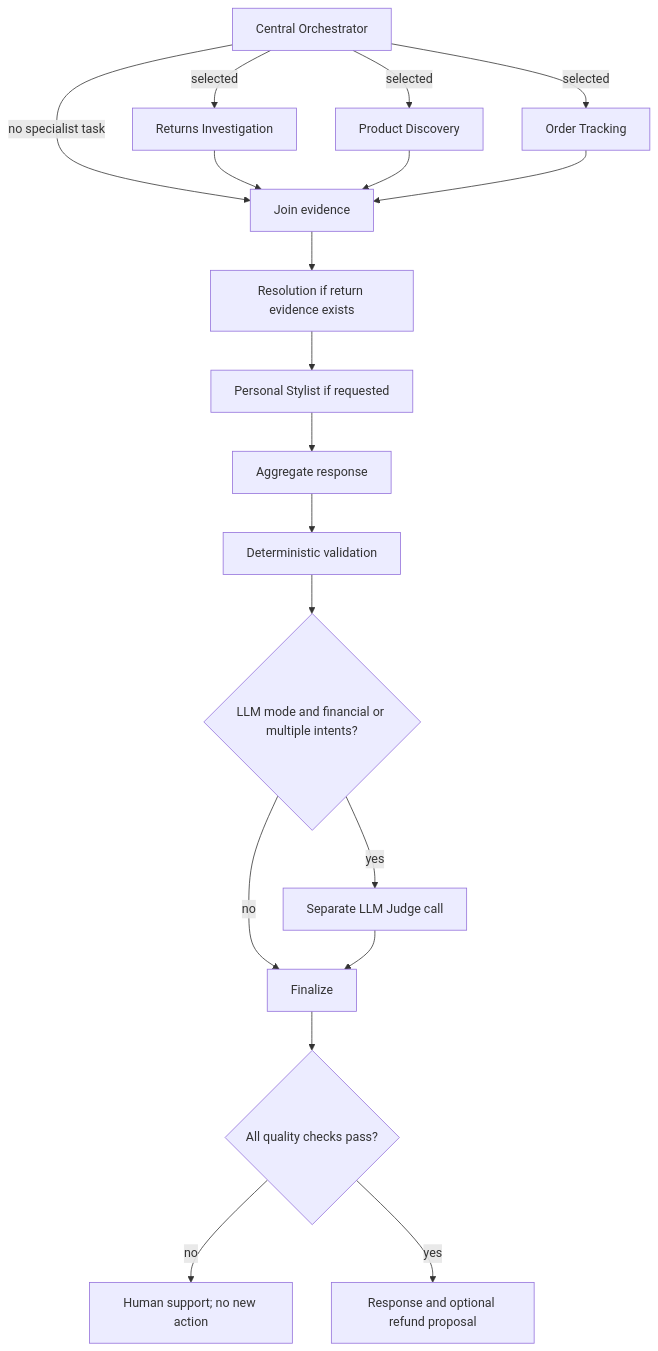
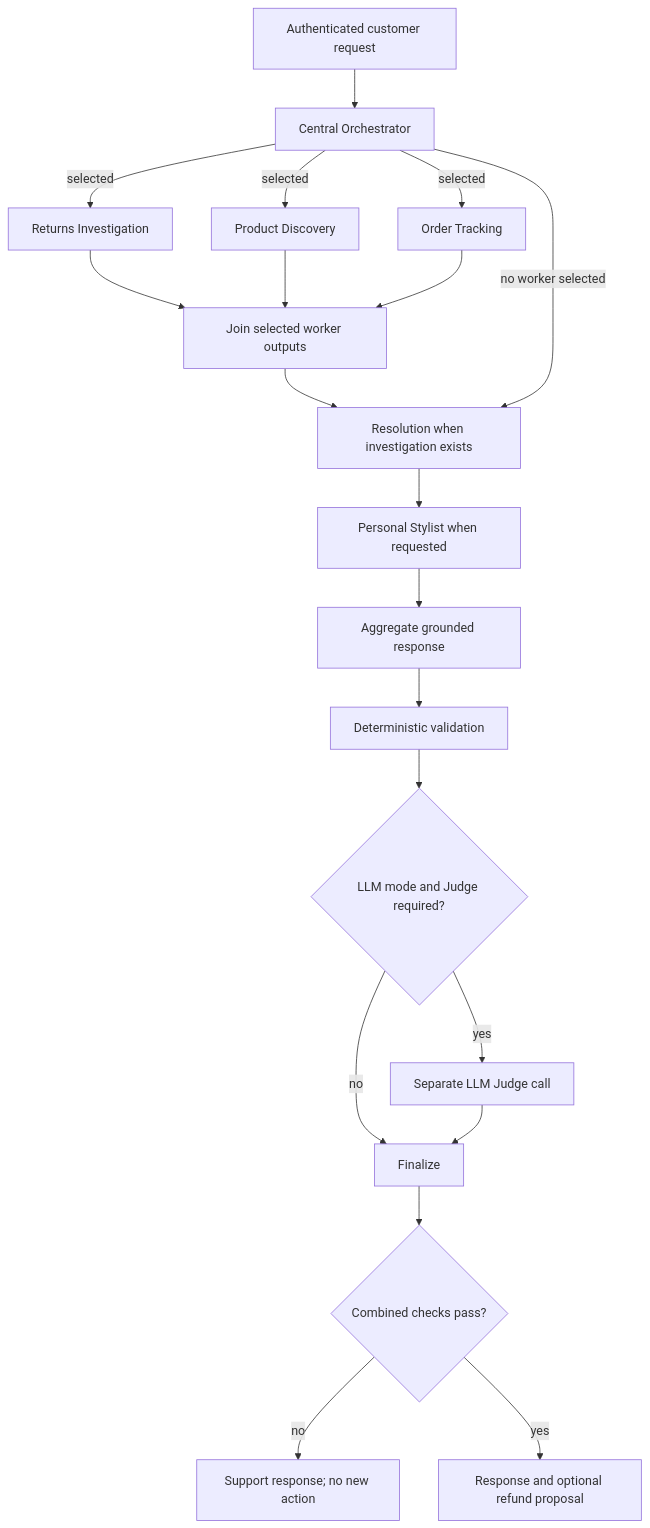
The second of 4 diagrams in docs/ARCHITECTURE.md (ManoochTayebi/Multi_agent_client), drawn with Mermaid before and after one commit. The commit also changed other lines of this file and 1 other file, not shown here.

Commit message:
Polish project README and expand architecture specification

````diff
--- a/docs/ARCHITECTURE.md
+++ b/docs/ARCHITECTURE.md
@@ -20,21 +80,22 @@
 ```mermaid
 flowchart TD
-    O[Central Orchestrator] -->|selected| R[Returns Investigation]
-    O -->|selected| P[Product Discovery]
-    O -->|selected| T[Order Tracking]
-    O -->|no specialist task| J[Join evidence]
-    R --> J
-    P --> J
-    T --> J
-    J --> X[Resolution if return evidence exists]
-    X --> S[Personal Stylist if requested]
-    S --> A[Aggregate response]
-    A --> V[Deterministic validation]
-    V --> Q{"LLM mode and financial or multiple intents?"}
-    Q -->|yes| L[Separate LLM Judge call]
-    Q -->|no| F[Finalize]
-    L --> F
-    F --> G{"All quality checks pass?"}
-    G -->|no| B[Human support; no new action]
-    G -->|yes| C[Response and optional refund proposal]
+    START[Authenticated customer request] --> ORCH[Central Orchestrator]
+    ORCH -->|selected| RET[Returns Investigation]
+    ORCH -->|selected| DISC[Product Discovery]
+    ORCH -->|selected| TRACK[Order Tracking]
+    RET --> JOIN[Join selected worker outputs]
+    DISC --> JOIN
+    TRACK --> JOIN
+    JOIN --> RES[Resolution when investigation exists]
+    ORCH -->|no worker selected| RES
+    RES --> STYLE[Personal Stylist when requested]
+    STYLE --> AGG[Aggregate grounded response]
+    AGG --> VAL[Deterministic validation]
+    VAL --> NEED{"LLM mode and Judge required?"}
+    NEED -->|yes| JUDGE[Separate LLM Judge call]
+    NEED -->|no| FIN[Finalize]
+    JUDGE --> FIN
+    FIN --> CHECK{"Combined checks pass?"}
+    CHECK -->|no| BLOCK[Support response; no new action]
+    CHECK -->|yes| RESPONSE[Response and optional refund proposal]
 ```
````
